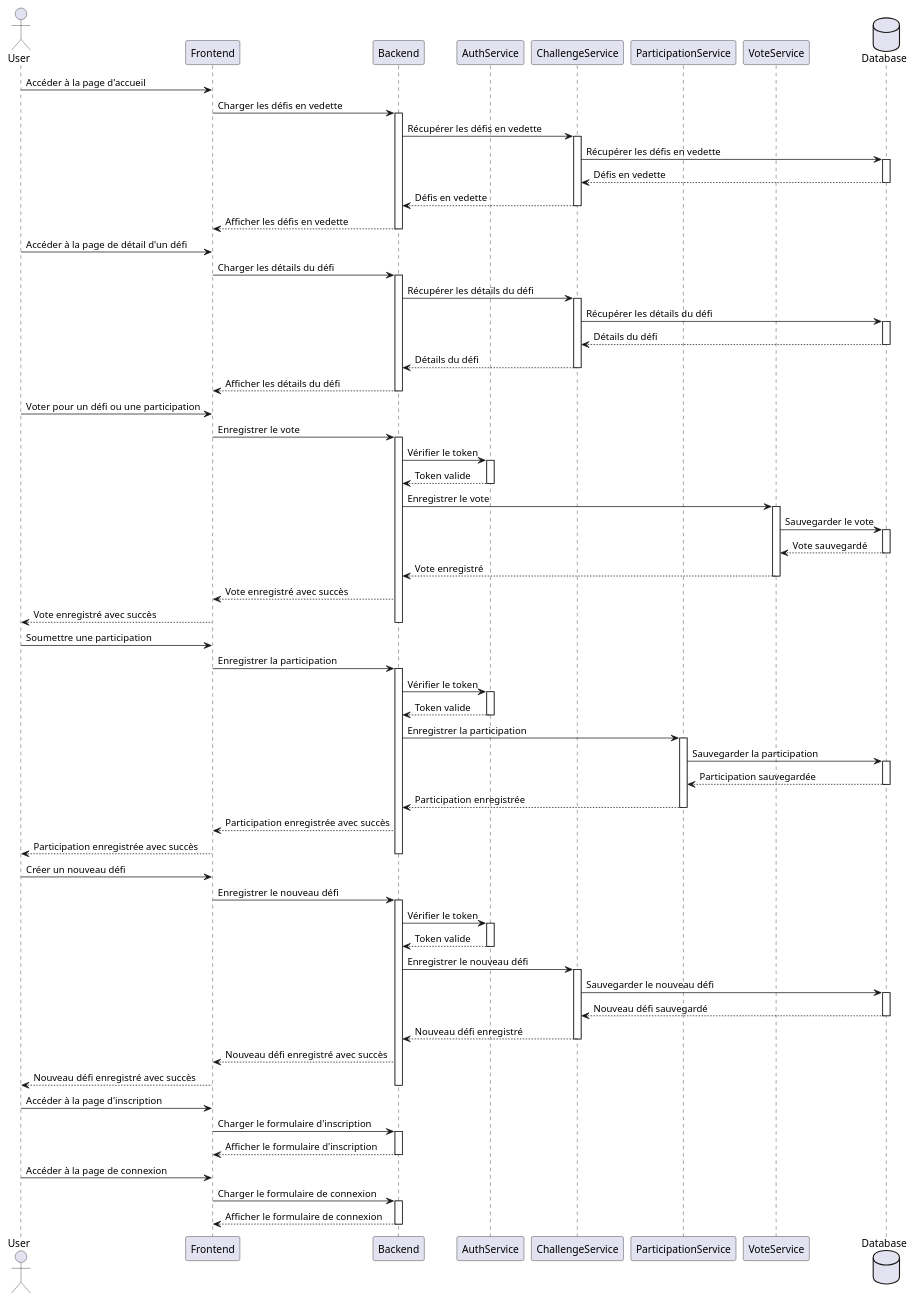
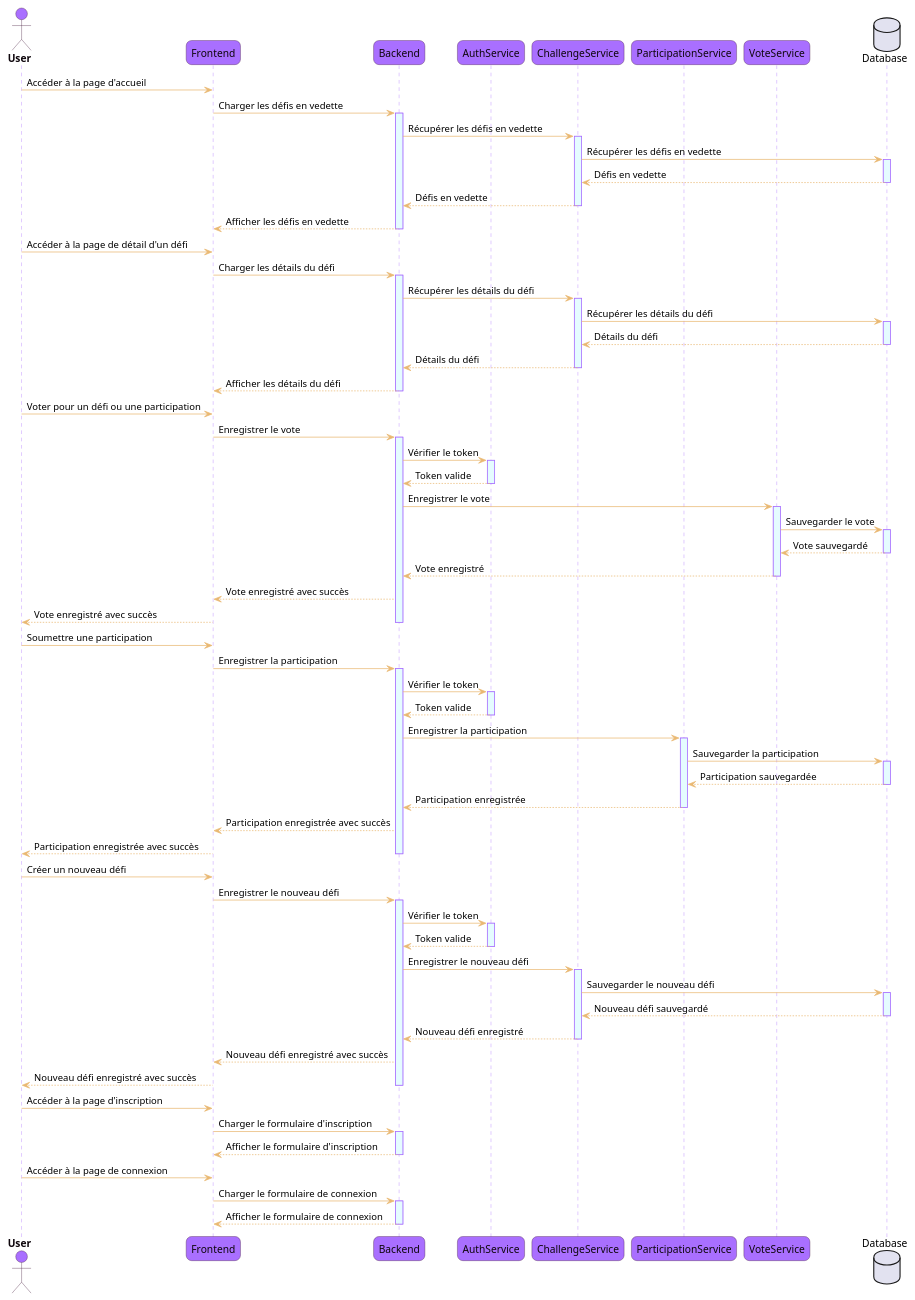
The diagram in conception/diagrams/sequence.puml (cedricrgt/questarena), drawn with PlantUML before and after one commit. The commit also changed 7 other files, not shown here.

```diff
--- a/conception/diagrams/sequence.puml
+++ b/conception/diagrams/sequence.puml
@@ -1,109 +1,135 @@
 @startuml sequence_diagram
+
+' --- Style moderne (couleurs CSS QuestsArena) ---
+skinparam shadowing false
+skinparam roundCorner 15
+skinparam defaultFontName "Raleway, sans-serif"
+
+skinparam actor {
+    BackgroundColor #a96fff
+    BorderColor #4a2040
+    FontColor #0e060c
+    FontSize 14
+    FontStyle bold
+}
+
+skinparam participant {
+    BackgroundColor #a96fff
+    BorderColor #4a2040
+    FontColor #0e060c
+}
+
+skinparam sequence {
+    ArrowColor #e9b872
+    LifeLineBorderColor #a96fff
+    LifeLineBackgroundColor #e5fcff
+}
+' --------------------------------------------
 
 actor User
 participant "Frontend" as FE
 participant "Backend" as BE
 participant "AuthService" as Auth
 participant "ChallengeService" as CS
 participant "ParticipationService" as PS
 participant "VoteService" as VS
 database "Database" as DB
 
 User -> FE: Accéder à la page d'accueil
 FE -> BE: Charger les défis en vedette
 activate BE
 BE -> CS: Récupérer les défis en vedette
 activate CS
 CS -> DB: Récupérer les défis en vedette
 activate DB
 DB --> CS: Défis en vedette
 deactivate DB
 CS --> BE: Défis en vedette
 deactivate CS
 BE --> FE: Afficher les défis en vedette
 deactivate BE
 
 User -> FE: Accéder à la page de détail d'un défi
 FE -> BE: Charger les détails du défi
 activate BE
 BE -> CS: Récupérer les détails du défi
 activate CS
 CS -> DB: Récupérer les détails du défi
 activate DB
 DB --> CS: Détails du défi
 deactivate DB
 CS --> BE: Détails du défi
 deactivate CS
 BE --> FE: Afficher les détails du défi
 deactivate BE
 
 User -> FE: Voter pour un défi ou une participation
 FE -> BE: Enregistrer le vote
 activate BE
 BE -> Auth: Vérifier le token
 activate Auth
 Auth --> BE: Token valide
 deactivate Auth
 BE -> VS: Enregistrer le vote
 activate VS
 VS -> DB: Sauvegarder le vote
 activate DB
 DB --> VS: Vote sauvegardé
 deactivate DB
 VS --> BE: Vote enregistré
 deactivate VS
 BE --> FE: Vote enregistré avec succès
 FE --> User: Vote enregistré avec succès
 deactivate BE
 
 User -> FE: Soumettre une participation
 FE -> BE: Enregistrer la participation
 activate BE
 BE -> Auth: Vérifier le token
 activate Auth
 Auth --> BE: Token valide
 deactivate Auth
 BE -> PS: Enregistrer la participation
 activate PS
 PS -> DB: Sauvegarder la participation
 activate DB
 DB --> PS: Participation sauvegardée
 deactivate DB
 PS --> BE: Participation enregistrée
 deactivate PS
 BE --> FE: Participation enregistrée avec succès
 FE --> User: Participation enregistrée avec succès
 deactivate BE
 
 User -> FE: Créer un nouveau défi
 FE -> BE: Enregistrer le nouveau défi
 activate BE
 BE -> Auth: Vérifier le token
 activate Auth
 Auth --> BE: Token valide
 deactivate Auth
 BE -> CS: Enregistrer le nouveau défi
 activate CS
 CS -> DB: Sauvegarder le nouveau défi
 activate DB
 DB --> CS: Nouveau défi sauvegardé
 deactivate DB
 CS --> BE: Nouveau défi enregistré
 deactivate CS
 BE --> FE: Nouveau défi enregistré avec succès
 FE --> User: Nouveau défi enregistré avec succès
 deactivate BE
 
 User -> FE: Accéder à la page d'inscription
 FE -> BE: Charger le formulaire d'inscription
 activate BE
 BE --> FE: Afficher le formulaire d'inscription
 deactivate BE
 
 User -> FE: Accéder à la page de connexion
 FE -> BE: Charger le formulaire de connexion
 activate BE
 BE --> FE: Afficher le formulaire de connexion
 deactivate BE
 
 @enduml
```
